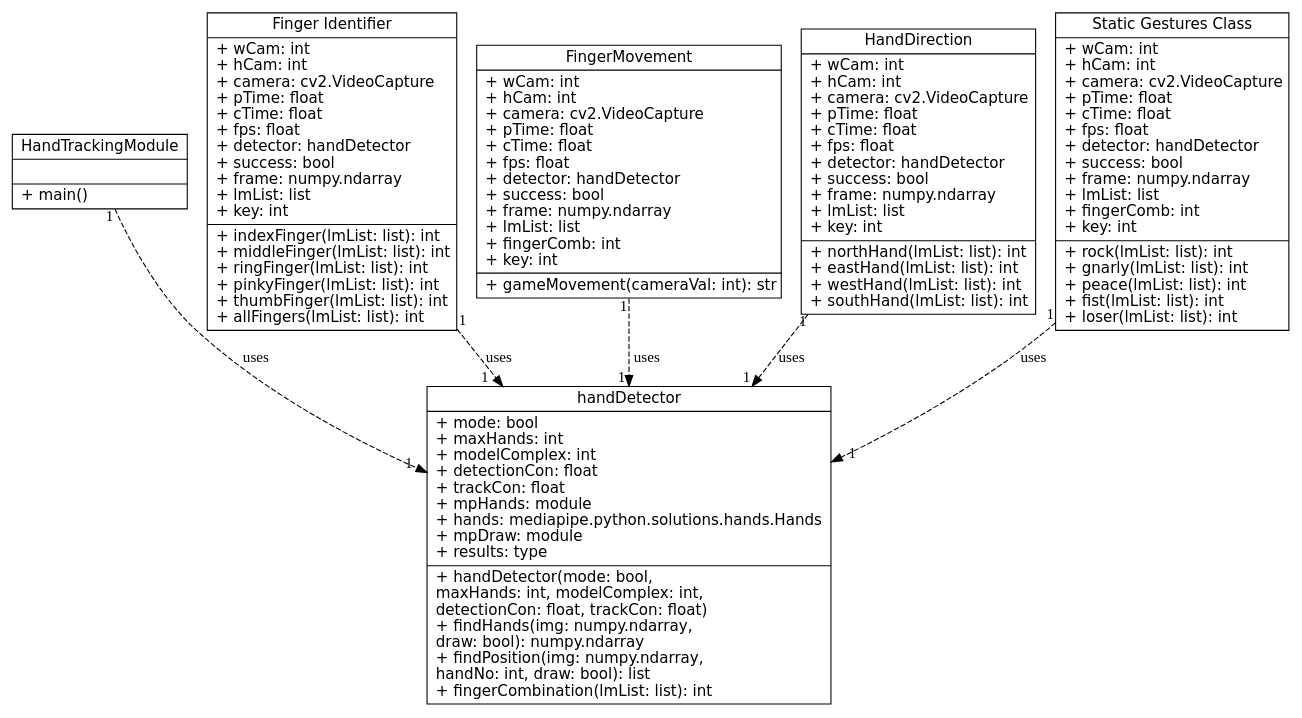
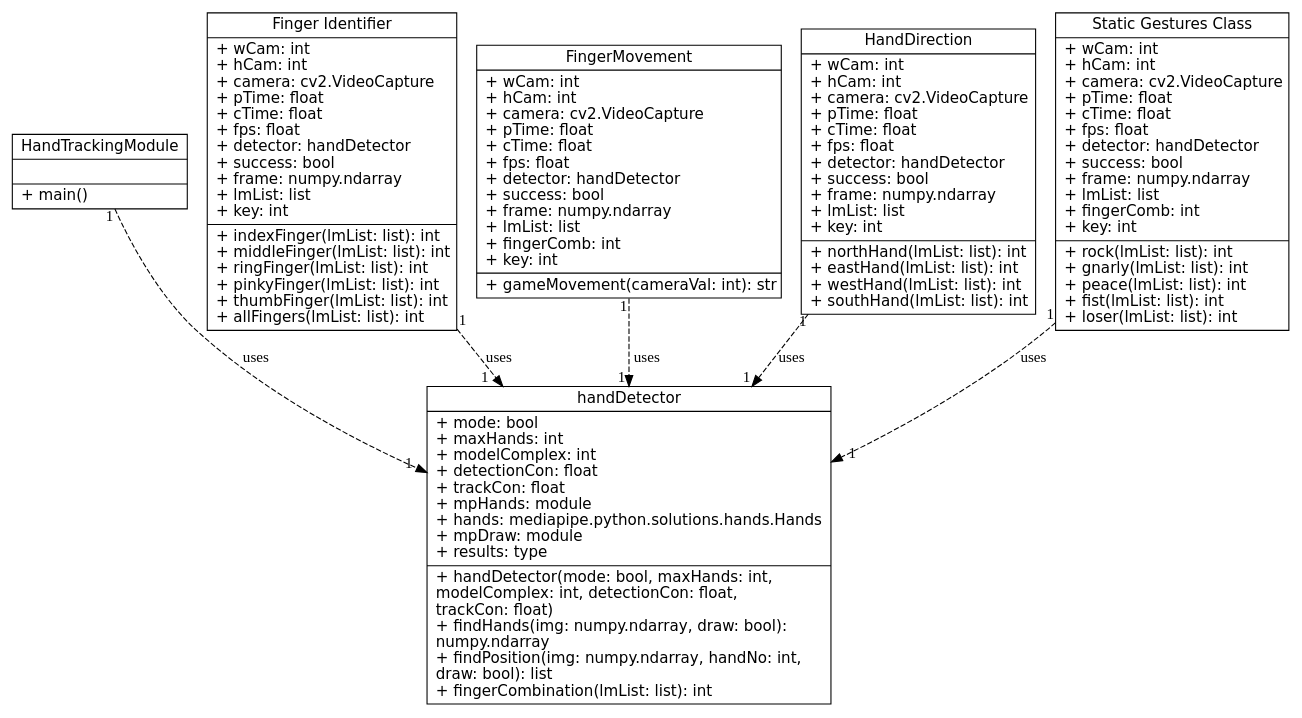
One commit to CIS3296SoftwareDesignF21/prj-03-gaming-with-gestures changed the diagram in Gestures.UML.dot. Above: the diagram before and after it, drawn with Graphviz. The commit also changed 1 other file, not shown here.

Commit message:
wider handDetector record in UML diagram

```diff
--- a/Gestures.UML.dot
+++ b/Gestures.UML.dot
@@ -1,129 +1,133 @@
 digraph GamingWithGestures {
     node [
         shape = "record"
         fontname = "Verdana,DejaVu Sans,Bitstream Vera Sans"
     ];
 
     HandTrackingModule [
         label = "{\N||+
             main()\l
         }";
     ];
 
     handDetector [
         label = "{\N
             |+
                 mode: bool\l+
                 maxHands: int\l+
                 modelComplex: int\l+
                 detectionCon: float\l+
                 trackCon: float\l+
                 mpHands: module\l+
                 hands: mediapipe.python.solutions.hands.Hands\l+
                 mpDraw: module\l+
                 results: type\l
             |+
-                handDetector(mode: bool,\l maxHands: int, modelComplex: int,\l detectionCon: float, trackCon: float)\l+
-                findHands(img: numpy.ndarray,\l draw: bool): numpy.ndarray\l+
-                findPosition(img: numpy.ndarray,\l handNo: int, draw: bool): list\l+
+                handDetector(mode: bool, maxHands: int,\l
+                 modelComplex: int, detectionCon: float,\l
+                 trackCon: float)\l+
+                findHands(img: numpy.ndarray, draw: bool):\l
+                 numpy.ndarray\l+
+                findPosition(img: numpy.ndarray, handNo: int,\l
+                 draw: bool): list\l+
                 fingerCombination(lmList: list): int\l
         }"
     ]
 
     FingerIdentifier [
         label = "{Finger Identifier
             |+
                 wCam: int\l+
                 hCam: int\l+
                 camera: cv2.VideoCapture\l+
                 pTime: float\l+
                 cTime: float\l+
                 fps: float\l+
                 detector: handDetector\l+
                 success: bool\l+
                 frame: numpy.ndarray\l+
                 lmList: list\l+
                 key: int\l
             |+
                 indexFinger(lmList: list): int\l+
                 middleFinger(lmList: list): int\l+
                 ringFinger(lmList: list): int\l+
                 pinkyFinger(lmList: list): int\l+
                 thumbFinger(lmList: list): int\l+
                 allFingers(lmList: list): int\l
         }"
     ];
 
     FingerMovement [
         label = "{\N
             |+
                 wCam: int\l+
                 hCam: int\l+
                 camera: cv2.VideoCapture\l+
                 pTime: float\l+
                 cTime: float\l+
                 fps: float\l+
                 detector: handDetector\l+
                 success: bool\l+
                 frame: numpy.ndarray\l+
                 lmList: list\l+
                 fingerComb: int\l+
                 key: int\l
             |+
                 gameMovement(cameraVal: int): str\l
         }"
     ]
 
     HandDirection [
         label = "{\N
             |+
                 wCam: int\l+
                 hCam: int\l+
                 camera: cv2.VideoCapture\l+
                 pTime: float\l+
                 cTime: float\l+
                 fps: float\l+
                 detector: handDetector\l+
                 success: bool\l+
                 frame: numpy.ndarray\l+
                 lmList: list\l+
                 key: int\l
             |+
                 northHand(lmList: list): int\l+
                 eastHand(lmList: list): int\l+
                 westHand(lmList: list): int\l+
                 southHand(lmList: list): int\l
         }"
     ];
 
     StaticGesturesClass [
         label = "{Static Gestures Class
             |+
                 wCam: int\l+
                 hCam: int\l+
                 camera: cv2.VideoCapture\l+
                 pTime: float\l+
                 cTime: float\l+
                 fps: float\l+
                 detector: handDetector\l+
                 success: bool\l+
                 frame: numpy.ndarray\l+
                 lmList: list\l+
                 fingerComb: int\l+
                 key: int\l
             |+
                 rock(lmList: list): int\l+
                 gnarly(lmList: list): int\l+
                 peace(lmList: list): int\l+
                 fist(lmList: list): int\l+
                 loser(lmList: list): int\l
         }"
     ]
 
     HandTrackingModule -> handDetector [style="dashed", taillabel="1", label="uses", headlabel="1   "];
     FingerIdentifier -> handDetector [style="dashed", taillabel="1", label="uses", headlabel="1   "];
     FingerMovement -> handDetector [style="dashed", taillabel="1", label="uses", headlabel="1 "];
     HandDirection -> handDetector [style="dashed", taillabel="1", label="uses", headlabel="1"];
     StaticGesturesClass -> handDetector [style="dashed", taillabel="1", label="uses", headlabel="    1"];
     
 }
```
